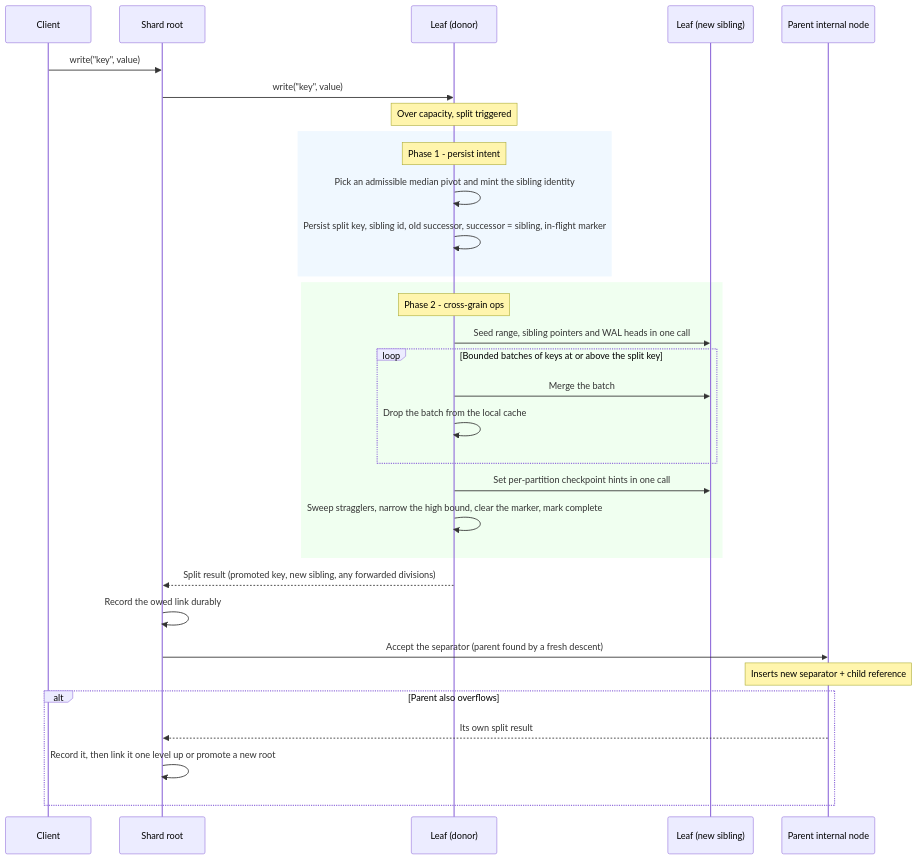
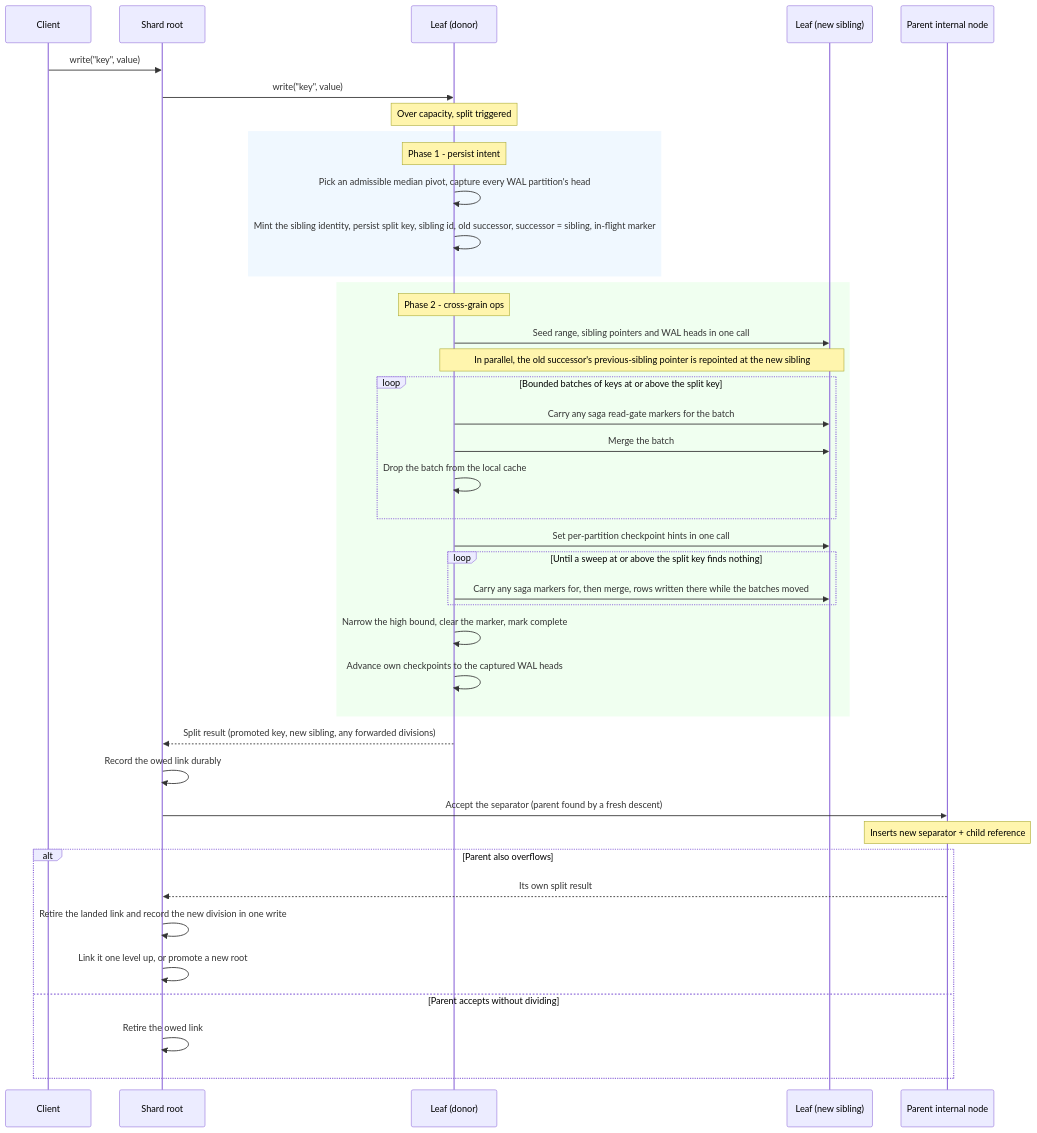
Before and after one commit to NSTA1/Orleans.Lattice: the third of 4 diagrams in docs/lattice/tree-structure.md, drawn with Mermaid. The commit also changed other lines of this file and 281 other files, not shown here.

````diff
--- a/docs/lattice/tree-structure.md
+++ b/docs/lattice/tree-structure.md
@@ -58,41 +58,50 @@
 ```mermaid
 sequenceDiagram
     participant Client
     participant Root as Shard root
     participant Leaf as Leaf (donor)
     participant New as Leaf (new sibling)
     participant Parent as Parent internal node
 
     Client->>Root: write("key", value)
     Root->>Leaf: write("key", value)
 
     Note over Leaf: Over capacity, split triggered
 
     rect rgb(240, 248, 255)
     Note over Leaf: Phase 1 - persist intent
-    Leaf->>Leaf: Pick an admissible median pivot and mint the sibling identity
-    Leaf->>Leaf: Persist split key, sibling id, old successor, successor = sibling, in-flight marker
+    Leaf->>Leaf: Pick an admissible median pivot, capture every WAL partition's head
+    Leaf->>Leaf: Mint the sibling identity, persist split key, sibling id, old successor, successor = sibling, in-flight marker
     end
 
     rect rgb(240, 255, 240)
     Note over Leaf: Phase 2 - cross-grain ops
     Leaf->>New: Seed range, sibling pointers and WAL heads in one call
+    Note over Leaf,New: In parallel, the old successor's previous-sibling pointer is repointed at the new sibling
     loop Bounded batches of keys at or above the split key
+        Leaf->>New: Carry any saga read-gate markers for the batch
         Leaf->>New: Merge the batch
         Leaf->>Leaf: Drop the batch from the local cache
     end
     Leaf->>New: Set per-partition checkpoint hints in one call
-    Leaf->>Leaf: Sweep stragglers, narrow the high bound, clear the marker, mark complete
+    loop Until a sweep at or above the split key finds nothing
+        Leaf->>New: Carry any saga markers for, then merge, rows written there while the batches moved
+    end
+    Leaf->>Leaf: Narrow the high bound, clear the marker, mark complete
+    Leaf->>Leaf: Advance own checkpoints to the captured WAL heads
     end
 
     Leaf-->>Root: Split result (promoted key, new sibling, any forwarded divisions)
     Root->>Root: Record the owed link durably
     Root->>Parent: Accept the separator (parent found by a fresh descent)
 
     Note over Parent: Inserts new separator + child reference
 
     alt Parent also overflows
         Parent-->>Root: Its own split result
-        Root->>Root: Record it, then link it one level up or promote a new root
+        Root->>Root: Retire the landed link and record the new division in one write
+        Root->>Root: Link it one level up, or promote a new root
+    else Parent accepts without dividing
+        Root->>Root: Retire the owed link
     end
 ```
````
